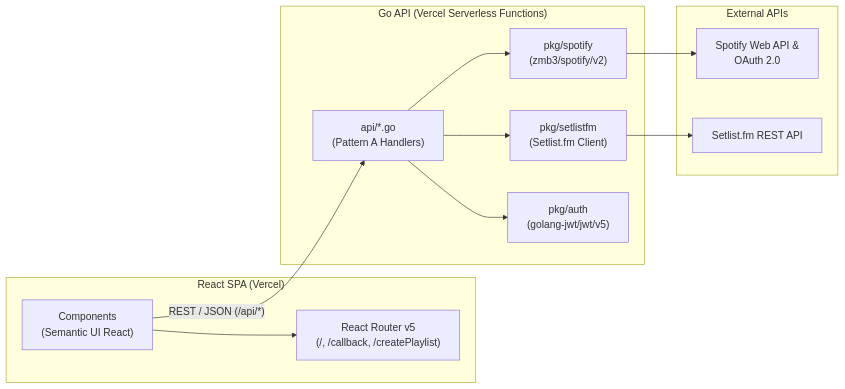
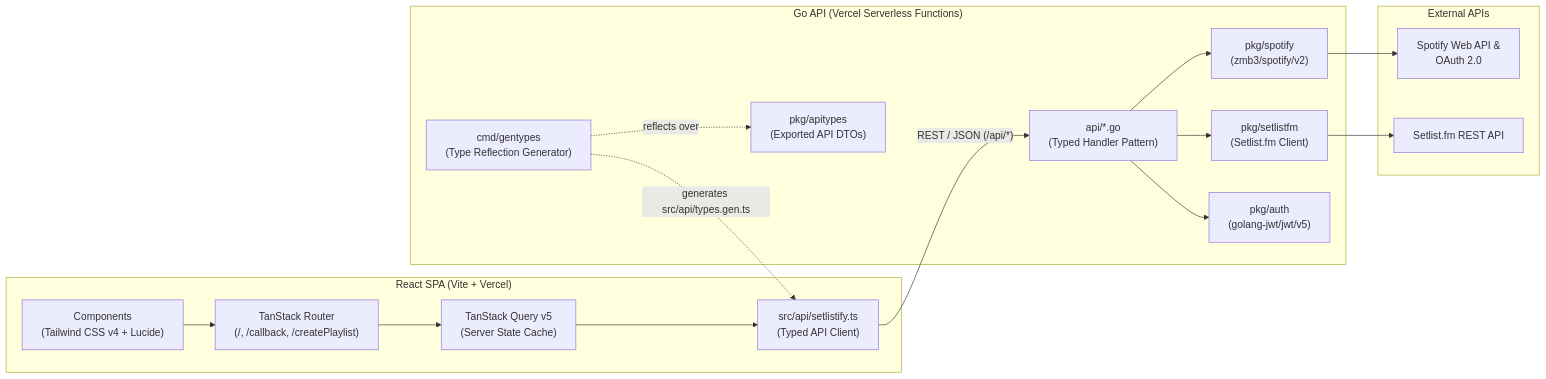
One commit to alexcaulfield/setlistify changed the diagram in ARCHITECTURE.md. Above: the diagram before and after it, drawn with Mermaid. The commit also changed other lines of this file and 43 other files, not shown here.

Commit message:
feat: migrate frontend to Vite 6, React 19, TanStack Router/Query, and Tailwind CSS v4

````diff
--- a/ARCHITECTURE.md
+++ b/ARCHITECTURE.md
@@ -7,27 +7,35 @@
 ```mermaid
 flowchart LR
-    subgraph Client["React SPA (Vercel)"]
-        UI["Components\n(Semantic UI React)"]
-        Router["React Router v5\n(/, /callback, /createPlaylist)"]
+    subgraph Client["React SPA (Vite + Vercel)"]
+        UI["Components\n(Tailwind CSS v4 + Lucide)"]
+        Router["TanStack Router\n(/, /callback, /createPlaylist)"]
+        Query["TanStack Query v5\n(Server State Cache)"]
+        ApiClient["src/api/setlistify.ts\n(Typed API Client)"]
     end
 
     subgraph Backend["Go API (Vercel Serverless Functions)"]
-        API["api/*.go\n(Pattern A Handlers)"]
+        API["api/*.go\n(Typed Handler Pattern)"]
+        GenTypes["cmd/gentypes\n(Type Reflection Generator)"]
+        ApiTypes["pkg/apitypes\n(Exported API DTOs)"]
         SpotifyPkg["pkg/spotify\n(zmb3/spotify/v2)"]
         SetlistPkg["pkg/setlistfm\n(Setlist.fm Client)"]
         AuthPkg["pkg/auth\n(golang-jwt/jwt/v5)"]
     end
 
     subgraph External["External APIs"]
         SpotifyAPI["Spotify Web API &\nOAuth 2.0"]
         SetlistAPI["Setlist.fm REST API"]
     end
 
     UI --> Router
-    UI -- "REST / JSON (/api/*)" --> API
+    Router --> Query
+    Query --> ApiClient
+    GenTypes -. "generates src/api/types.gen.ts" .-> ApiClient
+    GenTypes -. "reflects over" .-> ApiTypes
+    ApiClient -- "REST / JSON (/api/*)" --> API
     API --> SpotifyPkg
     API --> SetlistPkg
     API --> AuthPkg
     SpotifyPkg --> SpotifyAPI
     SetlistPkg --> SetlistAPI
 ```
````
